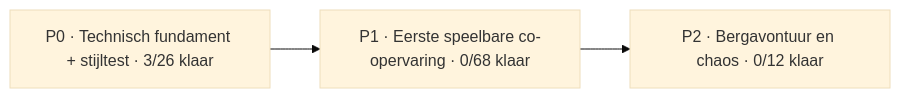
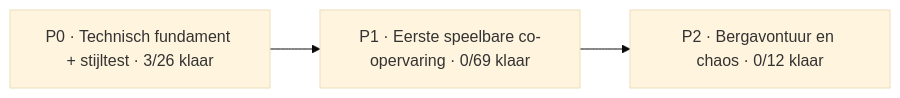
The diagram in Docs/PROJECT_BOARD.md (mlemson/conductor-chaos), drawn with Mermaid (base theme) before and after one commit. The commit also changed other lines of this file, not shown here.

````diff
--- a/Docs/PROJECT_BOARD.md
+++ b/Docs/PROJECT_BOARD.md
@@ -13,7 +13,7 @@
 ```mermaid
 flowchart LR
     P0["P0 · Technisch fundament + stijltest · 3/26 klaar"]
-    P1["P1 · Eerste speelbare co-opervaring · 0/68 klaar"]
+    P1["P1 · Eerste speelbare co-opervaring · 0/69 klaar"]
     P2["P2 · Bergavontuur en chaos · 0/12 klaar"]
     P0 --> P1 --> P2
 ```
````
